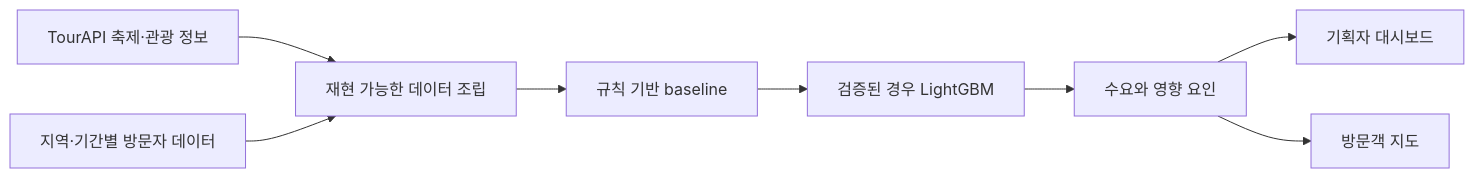
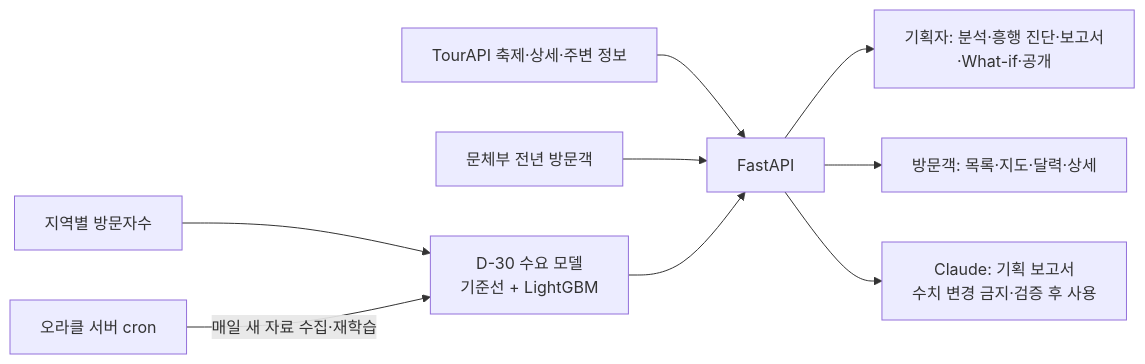
Before and after one commit to ghdtjdwn/heungmap: the diagram in README.md, drawn with Mermaid. The commit also changed other lines of this file and 8 other files, not shown here.

````diff
--- a/README.md
+++ b/README.md
@@ -57,10 +51,11 @@
 ```mermaid
 flowchart LR
-    A[TourAPI 축제·관광 정보] --> C[재현 가능한 데이터 조립]
-    B[지역·기간별 방문자 데이터] --> C
-    C --> D[규칙 기반 baseline]
-    D --> E[검증된 경우 LightGBM]
-    E --> F[수요와 영향 요인]
-    F --> G[기획자 대시보드]
-    F --> H[방문객 지도]
+    A[TourAPI 축제·상세·주변 정보] --> F[FastAPI]
+    B[지역별 방문자수] --> M[D-30 수요 모델<br/>기준선 + LightGBM]
+    C[문체부 전년 방문객] --> F
+    M --> F
+    F --> P[기획자: 분석·흥행 진단·보고서·What-if·공개]
+    F --> V[방문객: 목록·지도·달력·상세]
+    F --> L[Claude: 기획 보고서<br/>수치 변경 금지·검증 후 사용]
+    O[오라클 서버 cron] -->|매일 새 자료 수집·재학습| M
 ```
````
